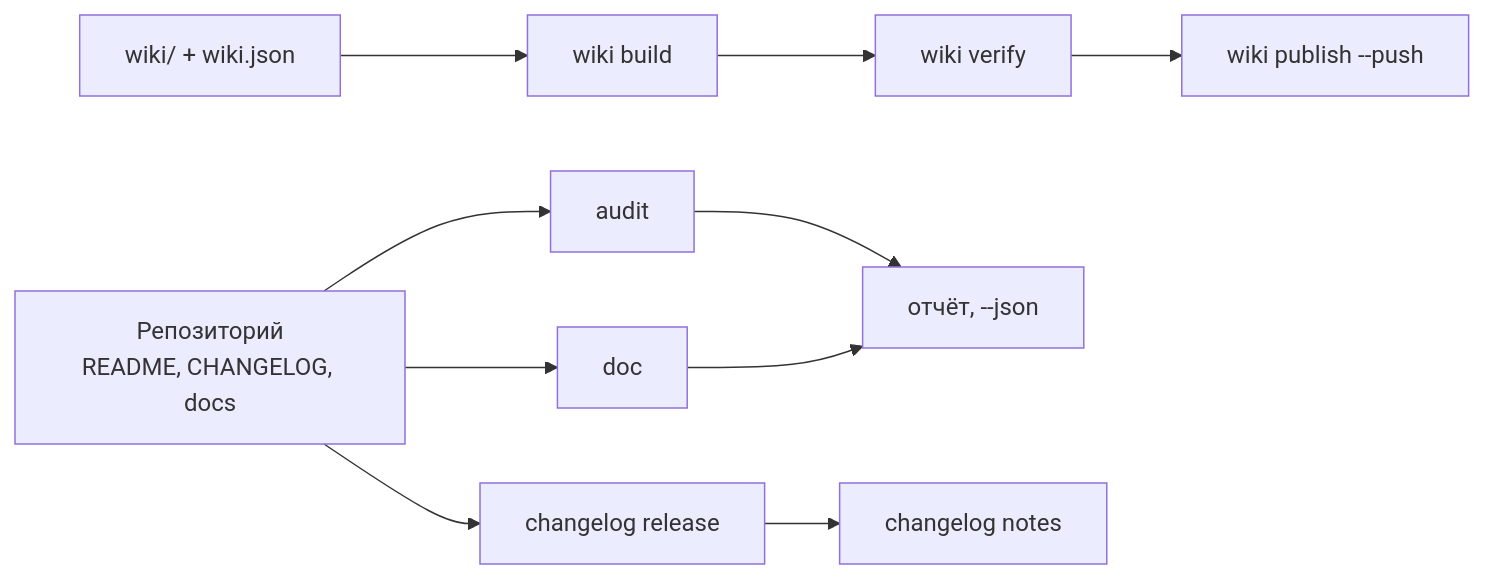
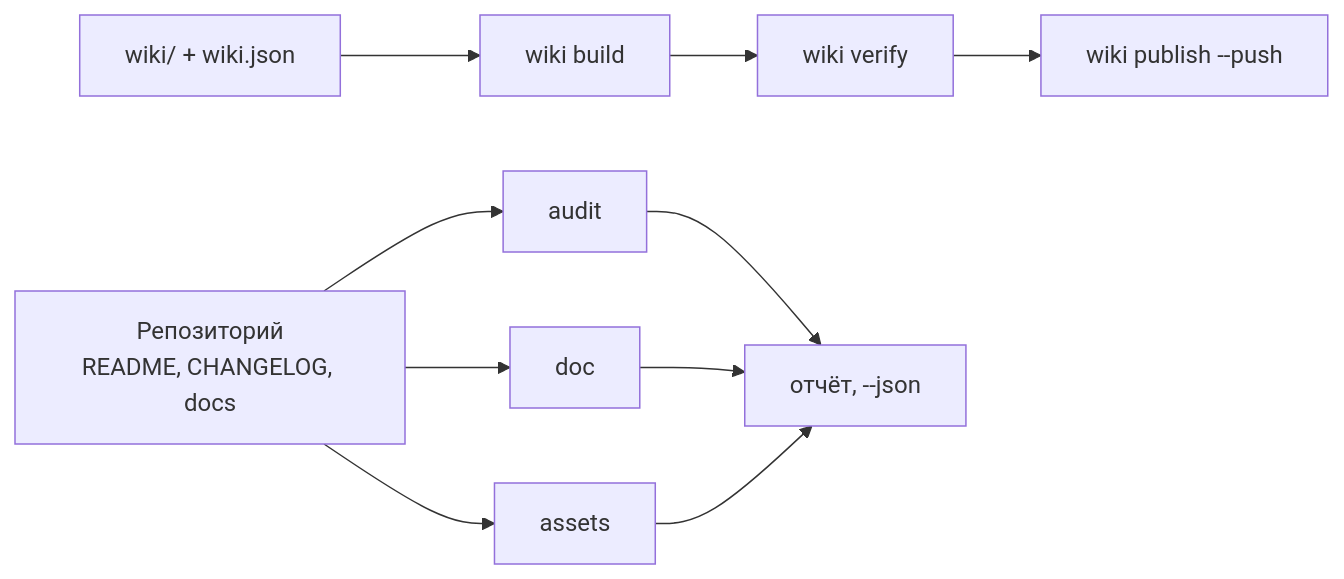
One commit to paulmann/github-agent changed the diagram in README.ru.md. Above: the diagram before and after it, drawn with Mermaid. The commit also changed other lines of this file and 5 other files, not shown here.

````diff
--- a/README.ru.md
+++ b/README.ru.md
@@ -212,12 +243,12 @@
 ```mermaid
 flowchart LR
   R["Репозиторий<br/>README, CHANGELOG, docs"] --> A["audit"]
   R --> D["doc"]
+  R --> I["assets"]
   W["wiki/ + wiki.json"] --> B["wiki build"]
   B --> V["wiki verify"]
   V --> P["wiki publish --push"]
   A --> O["отчёт, --json"]
   D --> O
-  R --> C["changelog release"]
-  C --> N["changelog notes"]
+  I --> O
 ```
````
